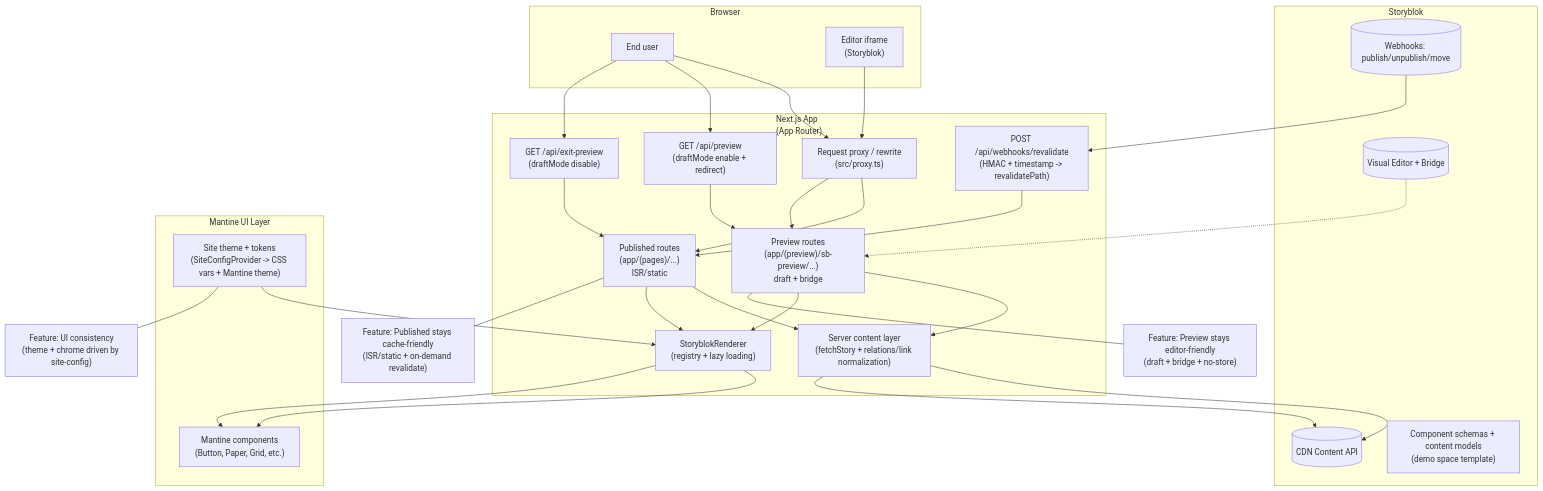
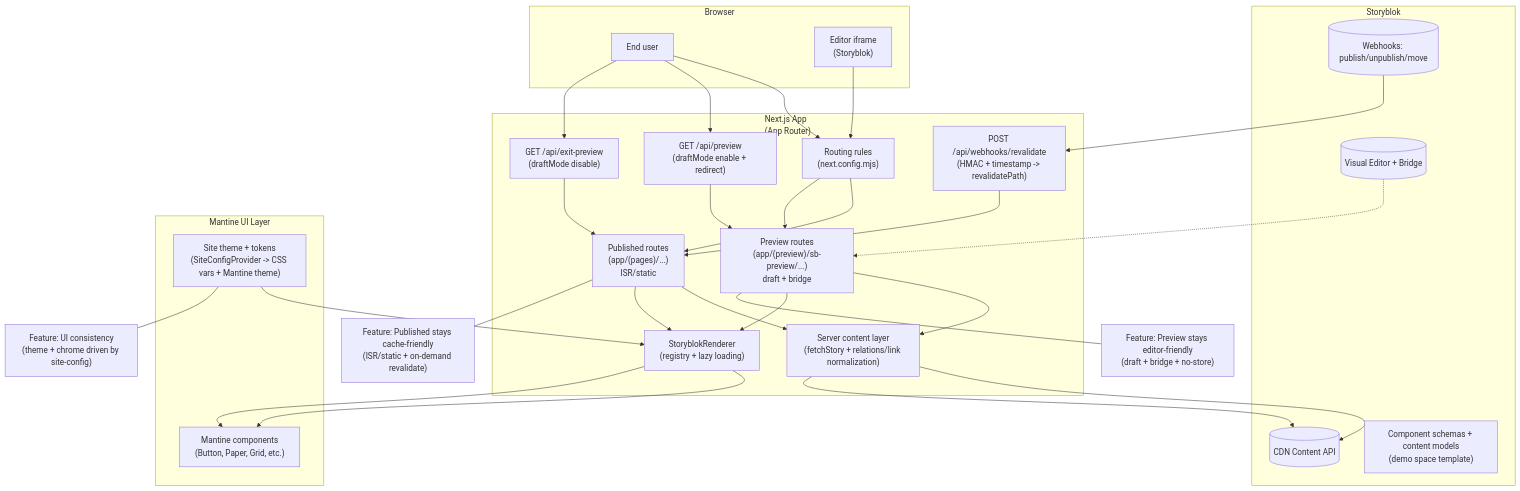
One commit to songam-su/storyblok-nextjs-mantine-demo changed the diagram in docs/architecture/high-level-architecture.md. Above: the diagram before and after it, drawn with Mermaid. The commit also changed 21 other files, not shown here.

````diff
--- a/docs/architecture/high-level-architecture.md
+++ b/docs/architecture/high-level-architecture.md
@@ -5,72 +5,72 @@
 ```mermaid
 flowchart TB
 %% SNMUI = Storyblok + Next.js + Mantine UI
 
 subgraph SB[Storyblok]
 SB_CDN[(CDN Content API)]
 SB_VE[(Visual Editor + Bridge)]
 SB_WH[(Webhooks: publish/unpublish/move)]
 SB_MODELS["Component schemas + content models<br/>(demo space template)"]
 end
 
 subgraph NX["Next.js App<br/>(App Router)"]
-NX_PROXY["Request proxy / rewrite<br/>(src/proxy.ts)"]
+NX_PROXY["Routing rules<br/>(next.config.mjs)"]
 
 NX_PUB["Published routes<br/>(app/(pages)/...)<br/>ISR/static"]
 NX_PREV["Preview routes<br/>(app/(preview)/sb-preview/...)<br/>draft + bridge"]
 
 NX_API_PREVIEW["GET /api/preview<br/>(draftMode enable + redirect)"]
 NX_API_EXIT["GET /api/exit-preview<br/>(draftMode disable)"]
 
 NX_API_REVALIDATE["POST /api/webhooks/revalidate<br/>(HMAC + timestamp -> revalidatePath)"]
 
 NX_FETCH["Server content layer<br/>(fetchStory + relations/link normalization)"]
 NX_RENDER["StoryblokRenderer<br/>(registry + lazy loading)"]
 end
 
 subgraph UI[Mantine UI Layer]
 M_THEME["Site theme + tokens<br/>(SiteConfigProvider -> CSS vars + Mantine theme)"]
 M_COMP["Mantine components<br/>(Button, Paper, Grid, etc.)"]
 end
 
 subgraph CLIENT[Browser]
 USER[End user]
 EDITOR["Editor iframe<br/>(Storyblok)"]
 end
 
 %% Primary flows
 USER --> NX_PROXY
 EDITOR --> NX_PROXY
 
 %% Editor detection -> preview route
 NX_PROXY --> NX_PUB
 NX_PROXY --> NX_PREV
 
 %% Preview control
 USER --> NX_API_PREVIEW --> NX_PREV
 USER --> NX_API_EXIT --> NX_PUB
 
 %% Data fetches
 NX_PUB --> NX_FETCH --> SB_CDN
 NX_PREV --> NX_FETCH --> SB_CDN
 
 %% Rendering
 NX_PUB --> NX_RENDER --> M_COMP
 NX_PREV --> NX_RENDER --> M_COMP
 M_THEME --> NX_RENDER
 
 %% Live updates in Visual Editor
 SB_VE -.-> NX_PREV
 
 %% Freshness
 SB_WH --> NX_API_REVALIDATE --> NX_PUB
 
 %% Feature annotations (as lightweight nodes)
 F1["Feature: Published stays cache-friendly<br/>(ISR/static + on-demand revalidate)"]
 F2["Feature: Preview stays editor-friendly<br/>(draft + bridge + no-store)"]
 F3["Feature: UI consistency<br/>(theme + chrome driven by site-config)"]
 
 NX_PUB --- F1
 NX_PREV --- F2
 M_THEME --- F3
 ```
````
